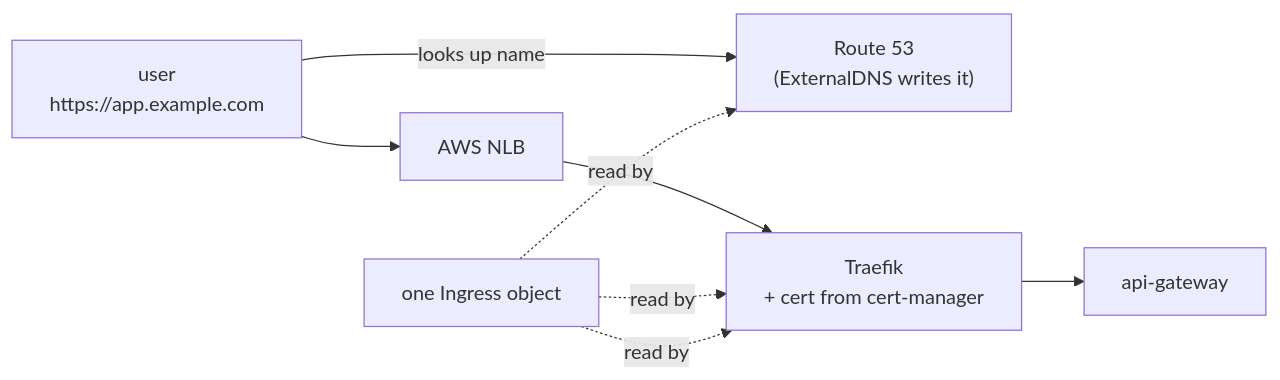
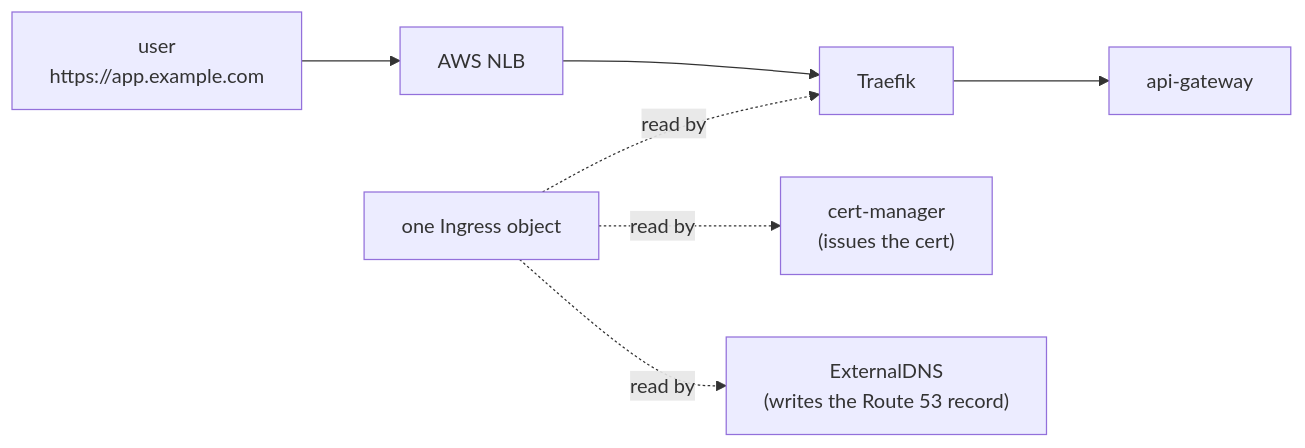
One commit to codercohq/eks-accelerator-series changed the diagram in 10-ingress/README.md. Above: the diagram before and after it, drawn with Mermaid. The commit also changed other lines of this file, not shown here.

First line of the commit message:
EP10: tighten README, fix the front-door diagram and first-person voice

````diff
--- a/10-ingress/README.md
+++ b/10-ingress/README.md
@@ -41,13 +41,8 @@
 ```mermaid
 flowchart LR
-  user["user<br/>https://app.example.com"]
-  dns["Route 53<br/>(ExternalDNS writes it)"]
-  nlb["AWS NLB"]
-  traefik["Traefik<br/>+ cert from cert-manager"]
-  api["api-gateway"]
-  user -->|looks up name| dns
-  user --> nlb --> traefik --> api
+  user["user<br/>https://app.example.com"] --> nlb["AWS NLB"]
+  nlb --> traefik["Traefik"] --> api["api-gateway"]
   ing["one Ingress object"] -.read by.-> traefik
-  ing -.read by.-> dns
-  ing -.read by.-> traefik
+  ing -.read by.-> cm["cert-manager<br/>(issues the cert)"]
+  ing -.read by.-> edns["ExternalDNS<br/>(writes the Route 53 record)"]
 ```
````
